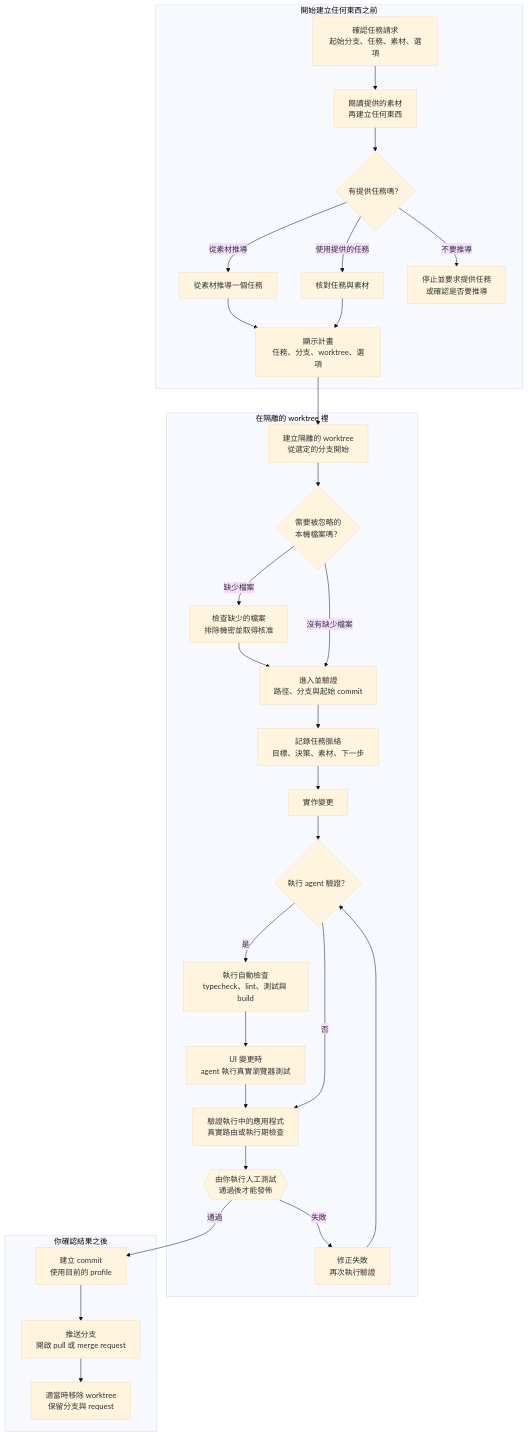
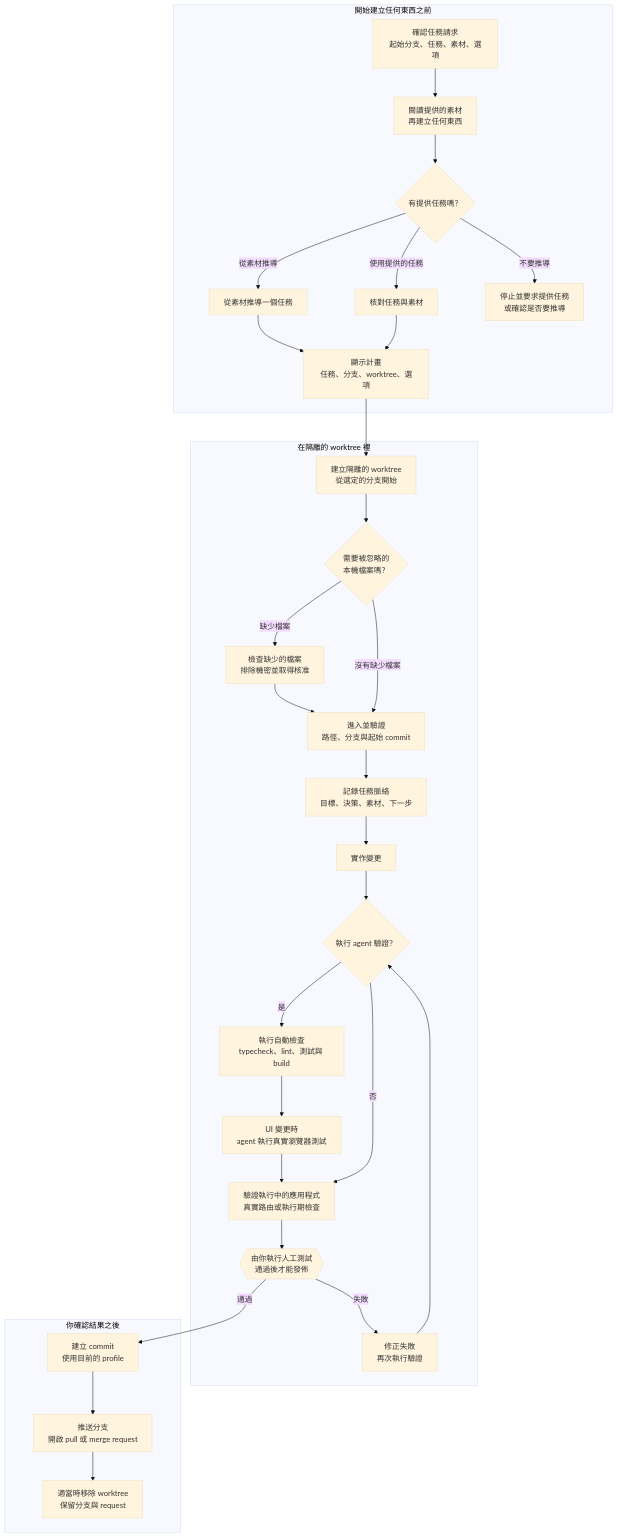
The second of 3 diagrams in README.zh-TW.md (sherrilla71940/dotfiles), drawn with Mermaid before and after one commit. The commit also changed other lines of this file and 1 other file, not shown here.

Commit message:
docs(readme): clarify project identity and diagram layout

````diff
--- a/README.zh-TW.md
+++ b/README.zh-TW.md
@@ -188,55 +189,55 @@
 ```mermaid
-%%{init: {"theme": "base", "themeVariables": {"fontSize": "16px", "fontFamily": "system-ui, sans-serif"}, "flowchart": {"useMaxWidth": false}}}%%
+%%{init: {"theme": "base", "themeVariables": {"fontSize": "16px", "fontFamily": "system-ui, sans-serif"}, "flowchart": {"useMaxWidth": false, "nodeSpacing": 100, "rankSpacing": 60}}}%%
 flowchart TD
     subgraph resolve["開始建立任何東西之前"]
         A["確認任務請求<br/>起始分支、任務、素材、選項"]
         B["閱讀提供的素材<br/>再建立任何東西"]
         C{"有提供任務嗎？"}
         D["從素材推導一個任務"]
         E["核對任務與素材"]
         F["顯示計畫<br/>任務、分支、worktree、選項"]
         Z["停止並要求提供任務<br/>或確認是否要推導"]
         A --> B --> C
         C -->|"從素材推導"| D
         C -->|"使用提供的任務"| E
         C -->|"不要推導"| Z
         D --> F
         E --> F
     end
 
     subgraph isolate["在隔離的 worktree 裡"]
         G["建立隔離的 worktree<br/>從選定的分支開始"]
         H{"需要被忽略的<br/>本機檔案嗎？"}
         I["檢查缺少的檔案<br/>排除機密並取得核准"]
         J["進入並驗證<br/>路徑、分支與起始 commit"]
         K["記錄任務脈絡<br/>目標、決策、素材、下一步"]
         L["實作變更"]
         M{"執行 agent 驗證？"}
         N["執行自動檢查<br/>typecheck、lint、測試與 build"]
         N2["UI 變更時<br/>agent 執行真實瀏覽器測試"]
         N3["驗證執行中的應用程式<br/>真實路由或執行期檢查"]
         O{{"由你執行人工測試<br/>通過後才能發佈"}}
         P["修正失敗<br/>再次執行驗證"]
         G --> H
         H -->|"缺少檔案"| I
         I --> J
         H -->|"沒有缺少檔案"| J
         J --> K --> L --> M
         M -->|"是"| N
         N --> N2 --> N3
         M -->|"否"| N3
         N3 --> O
         O -->|"失敗"| P
         P --> M
     end
 
     subgraph publish["你確認結果之後"]
         Q["建立 commit<br/>使用目前的 profile"]
         R["推送分支<br/>開啟 pull 或 merge request"]
         S["適當時移除 worktree<br/>保留分支與 request"]
         Q --> R --> S
     end
 
     F --> G
     O -->|"通過"| Q
 ```
````
